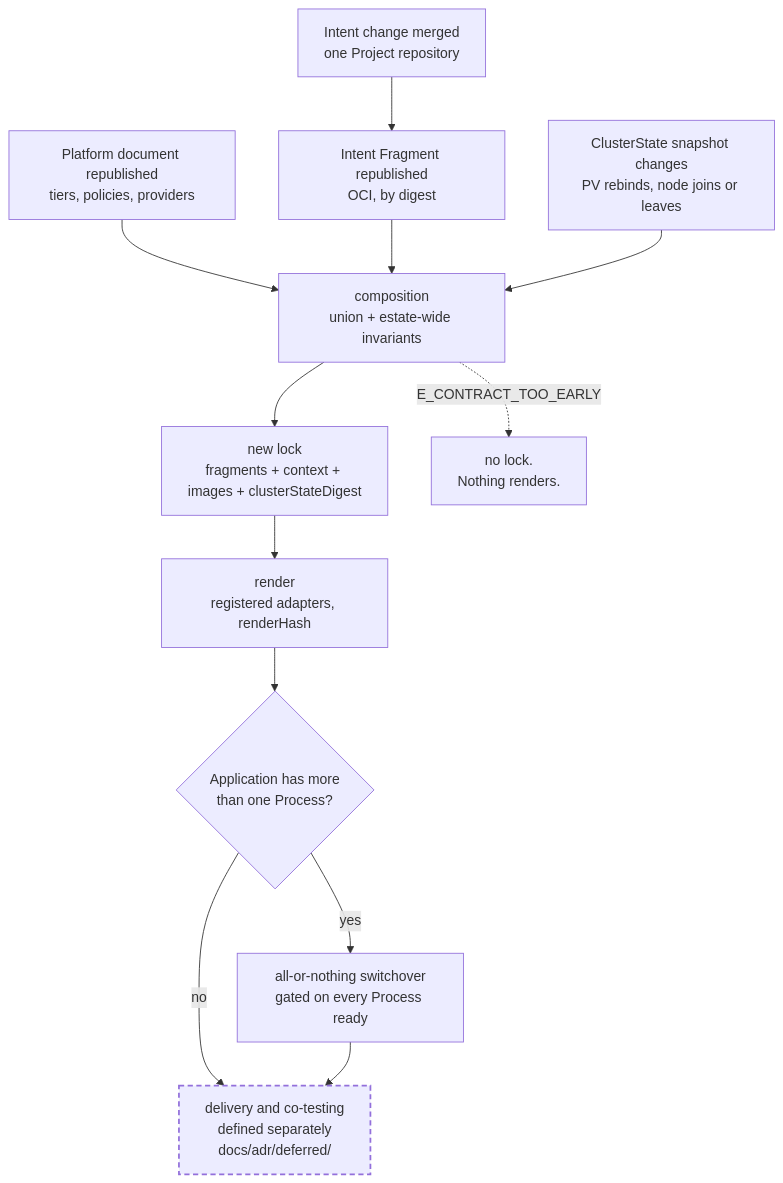
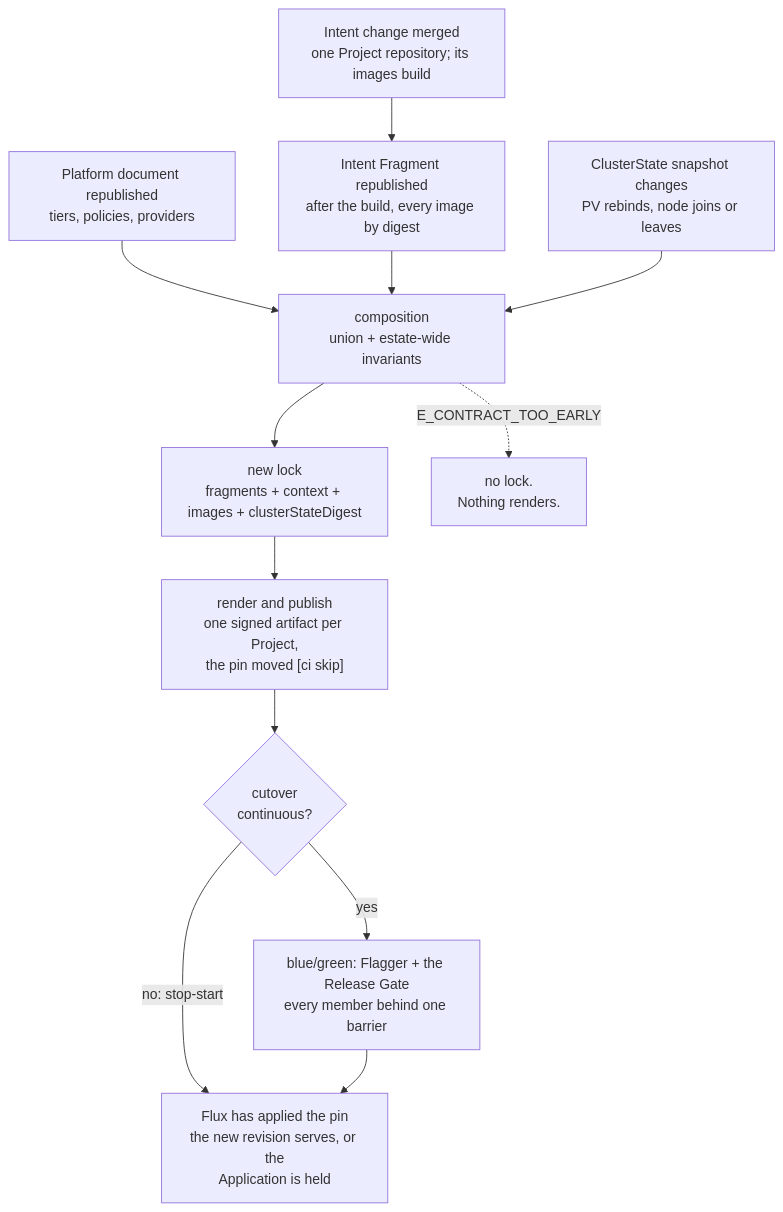
One commit to JorisJonkers-dev/deploy-kit changed the second of 2 diagrams in spec/v1/50-lifecycle.md. Above: the diagram before and after it, drawn with Mermaid. The commit also changed other lines of this file and 9 other files, not shown here.

First line of the commit message:
docs: redraw the delivery diagrams (#174)

````diff
--- a/spec/v1/50-lifecycle.md
+++ b/spec/v1/50-lifecycle.md
@@ -284,15 +283,14 @@
 ```mermaid
 flowchart TB
-    I["Intent change merged<br/>one Project repository"] --> F["Intent Fragment republished<br/>OCI, by digest"]
+    I["Intent change merged<br/>one Project repository; its images build"] --> F["Intent Fragment republished<br/>after the build, every image by digest"]
     X["Platform document republished<br/>tiers, policies, providers"] --> C
     F --> C["composition<br/>union + estate-wide invariants"]
     S["ClusterState snapshot changes<br/>PV rebinds, node joins or leaves"] --> C
     C --> L["new lock<br/>fragments + context + images + clusterStateDigest"]
-    L --> R["render<br/>registered adapters, renderHash"]
-    R --> G{"Application has more<br/>than one Process?"}
-    G -->|"no"| D["delivery and co-testing<br/>defined separately<br/>docs/adr/deferred/"]
-    G -->|"yes"| U["all-or-nothing switchover<br/>gated on every Process ready"]
+    L --> R["render and publish<br/>one signed artifact per Project,<br/>the pin moved [ci skip]"]
+    R --> G{"cutover<br/>continuous?"}
+    G -->|"no: stop-start"| D["Flux has applied the pin<br/>the new revision serves, or the<br/>Application is held"]
+    G -->|"yes"| U["blue/green: Flagger + the Release Gate<br/>every member behind one barrier"]
     U --> D
     C -.->|"E_CONTRACT_TOO_EARLY"| B["no lock.<br/>Nothing renders."]
-    style D stroke-width:2px,stroke-dasharray:6 4;
 ```
````
